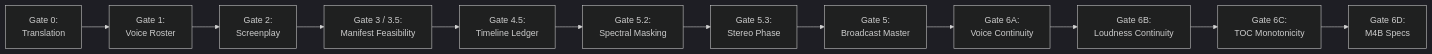
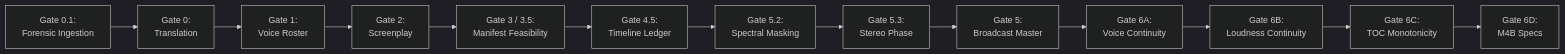
Before and after one commit to naksh-07/audiobook-maker: the diagram in docs/QUALITY_GATES.md, drawn with Mermaid (dark theme). The commit also changed other lines of this file and 5 other files, not shown here.

Commit message:
docs: add comprehensive forensic document ingestion manual (ADR-029) and update architecture docs

````diff
--- a/docs/QUALITY_GATES.md
+++ b/docs/QUALITY_GATES.md
@@ -9,14 +9,15 @@
 ```mermaid
 flowchart LR
-    G0["Gate 0:<br/>Translation"] --> G1["Gate 1:<br/>Voice Roster"]
+    G01["Gate 0.1:<br/>Forensic Ingestion"] --> G0["Gate 0:<br/>Translation"]
+    G0 --> G1["Gate 1:<br/>Voice Roster"]
     G1 --> G2["Gate 2:<br/>Screenplay"]
     G2 --> G3["Gate 3 / 3.5:<br/>Manifest Feasibility"]
     G3 --> G45["Gate 4.5:<br/>Timeline Ledger"]
     G45 --> G52["Gate 5.2:<br/>Spectral Masking"]
     G52 --> G53["Gate 5.3:<br/>Stereo Phase"]
     G53 --> G5["Gate 5:<br/>Broadcast Master"]
     G5 --> G6A["Gate 6A:<br/>Voice Continuity"]
     G6A --> G6B["Gate 6B:<br/>Loudness Continuity"]
     G6B --> G6C["Gate 6C:<br/>TOC Monotonicity"]
     G6C --> G6D["Gate 6D:<br/>M4B Specs"]
 ```
````
